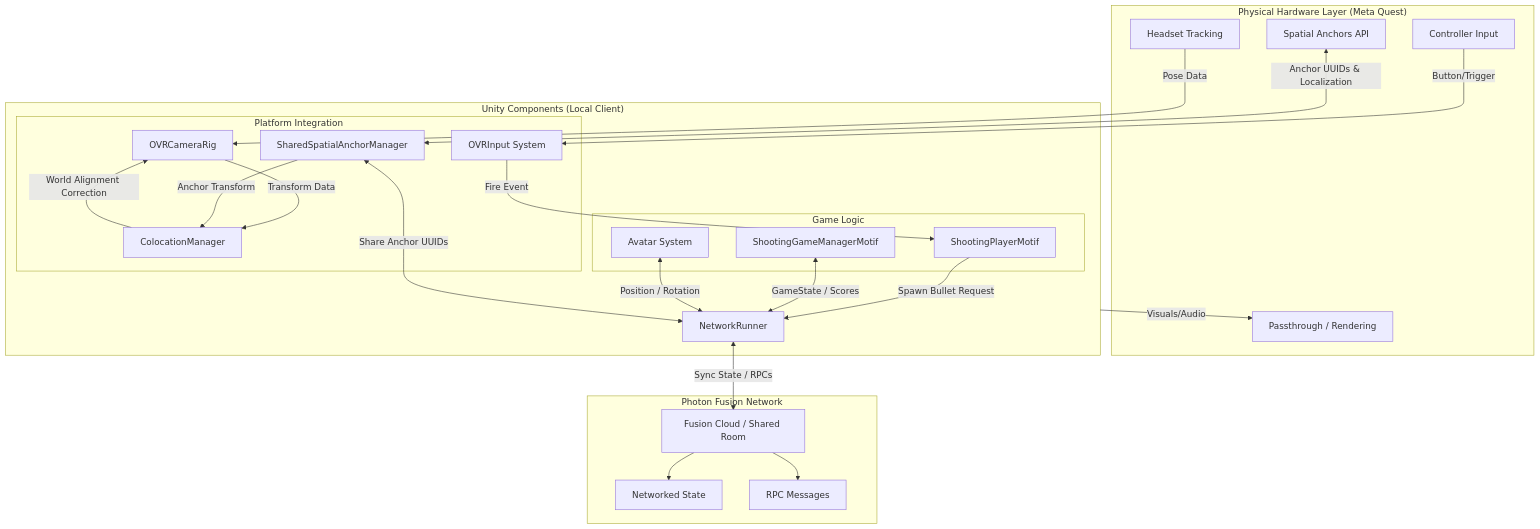
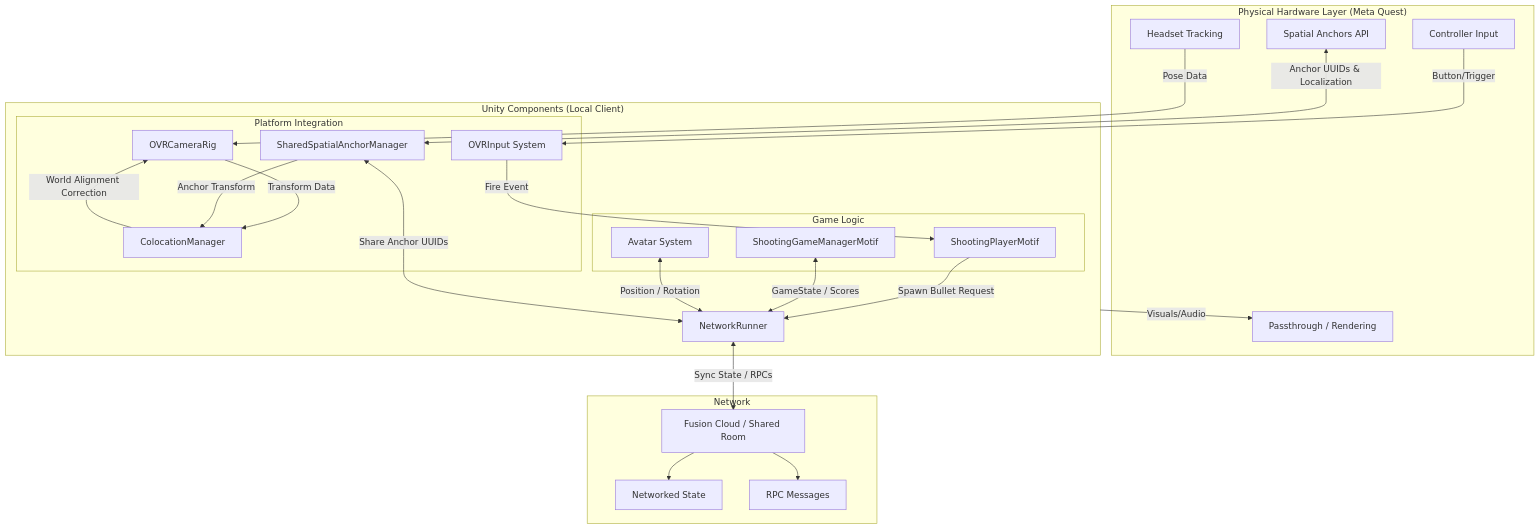
One commit to jfriisj/unity-shooting-arena-co-location changed the first of 2 diagrams in architecture diagram.md. Above: the diagram before and after it, drawn with Mermaid. The commit also changed other lines of this file and 26 other files, not shown here.

````diff
--- a/architecture diagram.md
+++ b/architecture diagram.md
@@ -3,57 +3,57 @@
 ```mermaid
 graph TD
     subgraph Hardware ["Physical Hardware Layer (Meta Quest)"]
         HMD[Headset Tracking]
         Controllers[Controller Input]
         SpatialAnchors[Spatial Anchors API]
         Passthrough[Passthrough / Rendering]
     end
 
     subgraph Unity ["Unity Components (Local Client)"]
         subgraph Platform [Platform Integration]
             OVRRig[OVRCameraRig]
             OVRInput[OVRInput System]
             AnchorMgr[SharedSpatialAnchorManager]
             Colocation[ColocationManager]
         end
 
         subgraph GameLogic [Game Logic]
             Player[ShootingPlayerMotif]
             GameMgr[ShootingGameManagerMotif]
             Avatar[Avatar System]
         end
         
         Runner[NetworkRunner]
     end
 
-    subgraph Network ["Photon Fusion Network"]
+    subgraph Network ["Network"]
         Cloud[Fusion Cloud / Shared Room]
         NetState[Networked State]
         RPCs[RPC Messages]
     end
 
     %% Hardware to Unity
     HMD -->|Pose Data| OVRRig
     Controllers -->|Button/Trigger| OVRInput
     SpatialAnchors <-->|Anchor UUIDs & Localization| AnchorMgr
     Unity -->|Visuals/Audio| Passthrough
 
     %% Unity Internal - Colocation & Platform
     OVRRig -->|Transform Data| Colocation
     AnchorMgr -->|Anchor Transform| Colocation
     Colocation -->|World Alignment Correction| OVRRig
     
     %% Unity Internal - Gameplay
     OVRInput -->|Fire Event| Player
     Player -->|Spawn Bullet Request| Runner
     
     %% Unity to Network
     Runner <-->|Sync State / RPCs| Cloud
     GameMgr <-->|GameState / Scores| Runner
     Avatar <-->|Position / Rotation| Runner
     AnchorMgr <-->|Share Anchor UUIDs| Runner
 
     %% Network Internal
     Cloud --> NetState
     Cloud --> RPCs
 ```
````
